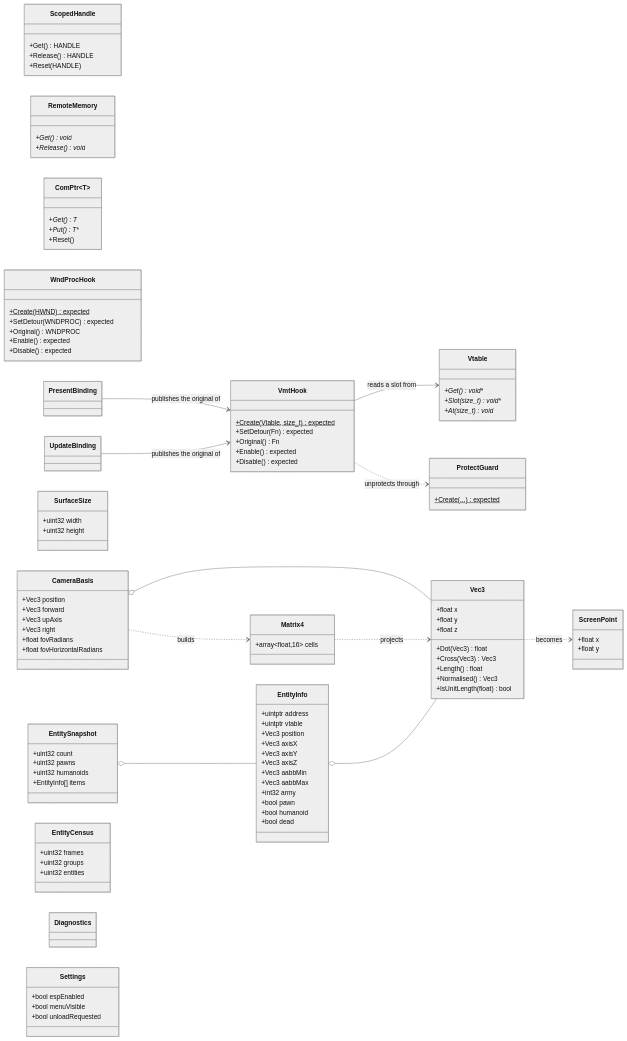
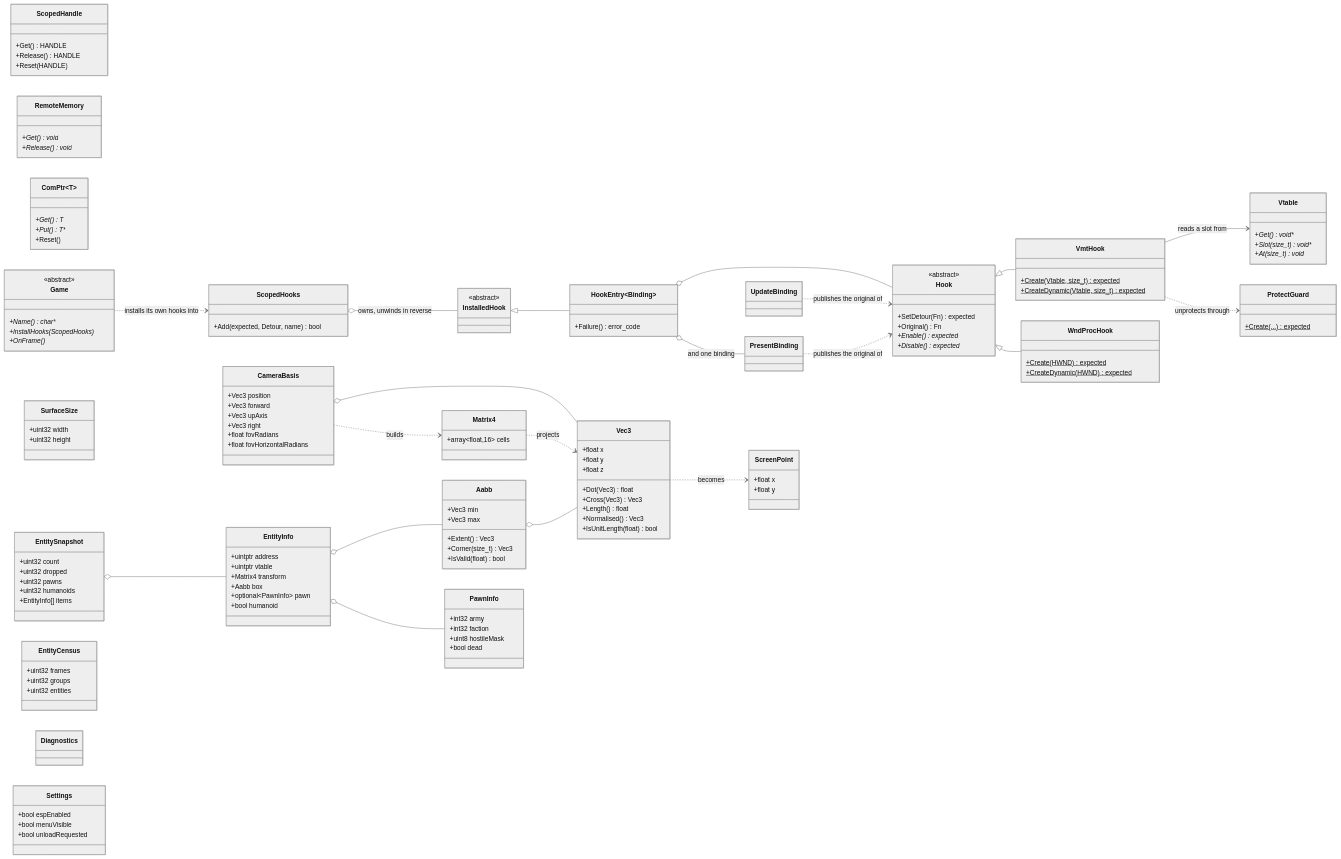
The second of 2 diagrams in README.md (kxigor/AimbotFramework), drawn with Mermaid (neutral theme) before and after one commit. The commit also changed other lines of this file and 37 other files, not shown here.

```diff
--- a/README.md
+++ b/README.md
@@ -180,19 +223,36 @@
     +Slot(size_t) void**
     +At(size_t) void*
   }
+  class Hook {
+    <<abstract>>
+    +SetDetour(Fn) expected
+    +Original() Fn
+    +Enable()* expected
+    +Disable()* expected
+  }
   class VmtHook {
     +Create(Vtable, size_t)$ expected
-    +SetDetour(Fn) expected
-    +Original() Fn
-    +Enable() expected
-    +Disable() expected
+    +CreateDynamic(Vtable, size_t)$ expected
   }
   class WndProcHook {
     +Create(HWND)$ expected
-    +SetDetour(WNDPROC) expected
-    +Original() WNDPROC
-    +Enable() expected
-    +Disable() expected
+    +CreateDynamic(HWND)$ expected
+  }
+
+  class InstalledHook {
+    <<abstract>>
+  }
+  class HookEntry~Binding~ {
+    +Failure() error_code
+  }
+  class ScopedHooks {
+    +Add(expected, Detour, name) bool
+  }
+  class Game {
+    <<abstract>>
+    +Name()* char*
+    +InstallHooks(ScopedHooks)*
+    +OnFrame()*
   }
 
   class PresentBinding
@@ -228,22 +288,30 @@
     +float fovRadians
     +float fovHorizontalRadians
   }
+  class Aabb {
+    +Vec3 min
+    +Vec3 max
+    +Extent() Vec3
+    +Corner(size_t) Vec3
+    +IsValid(float) bool
+  }
+  class PawnInfo {
+    +int32 army
+    +int32 faction
+    +uint8 hostileMask
+    +bool dead
+  }
   class EntityInfo {
     +uintptr address
     +uintptr vtable
-    +Vec3 position
-    +Vec3 axisX
-    +Vec3 axisY
-    +Vec3 axisZ
-    +Vec3 aabbMin
-    +Vec3 aabbMax
-    +int32 army
-    +bool pawn
+    +Matrix4 transform
+    +Aabb box
+    +optional~PawnInfo~ pawn
     +bool humanoid
-    +bool dead
   }
   class EntitySnapshot {
     +uint32 count
+    +uint32 dropped
     +uint32 pawns
     +uint32 humanoids
     +EntityInfo[] items
@@ -260,13 +328,22 @@
     +bool unloadRequested
   }
 
+  Hook <|-- VmtHook
+  Hook <|-- WndProcHook
   VmtHook --> Vtable : reads a slot from
   VmtHook ..> ProtectGuard : unprotects through
-  PresentBinding --> VmtHook : publishes the original of
-  UpdateBinding --> VmtHook : publishes the original of
+  InstalledHook <|-- HookEntry
+  ScopedHooks o-- InstalledHook : owns, unwinds in reverse
+  HookEntry o-- Hook
+  HookEntry o-- PresentBinding : and one binding
+  PresentBinding ..> Hook : publishes the original of
+  UpdateBinding ..> Hook : publishes the original of
+  Game ..> ScopedHooks : installs its own hooks into
   EntitySnapshot o-- EntityInfo
+  EntityInfo o-- Aabb
+  EntityInfo o-- PawnInfo
+  Aabb o-- Vec3
   CameraBasis o-- Vec3
-  EntityInfo o-- Vec3
   CameraBasis ..> Matrix4 : builds
   Matrix4 ..> Vec3 : projects
   Vec3 ..> ScreenPoint : becomes
```
